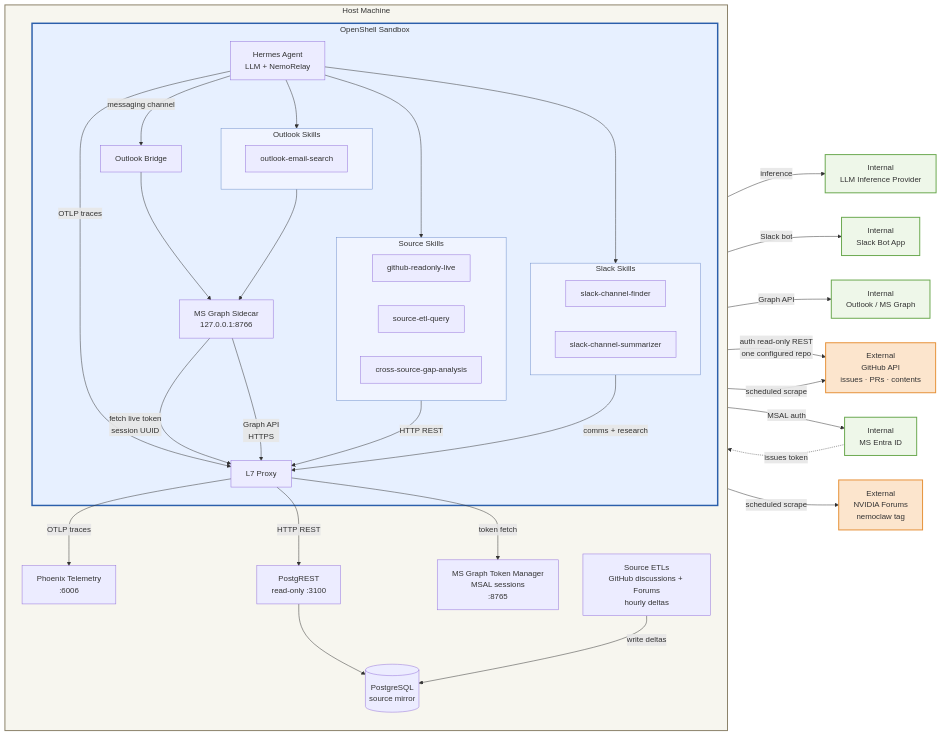
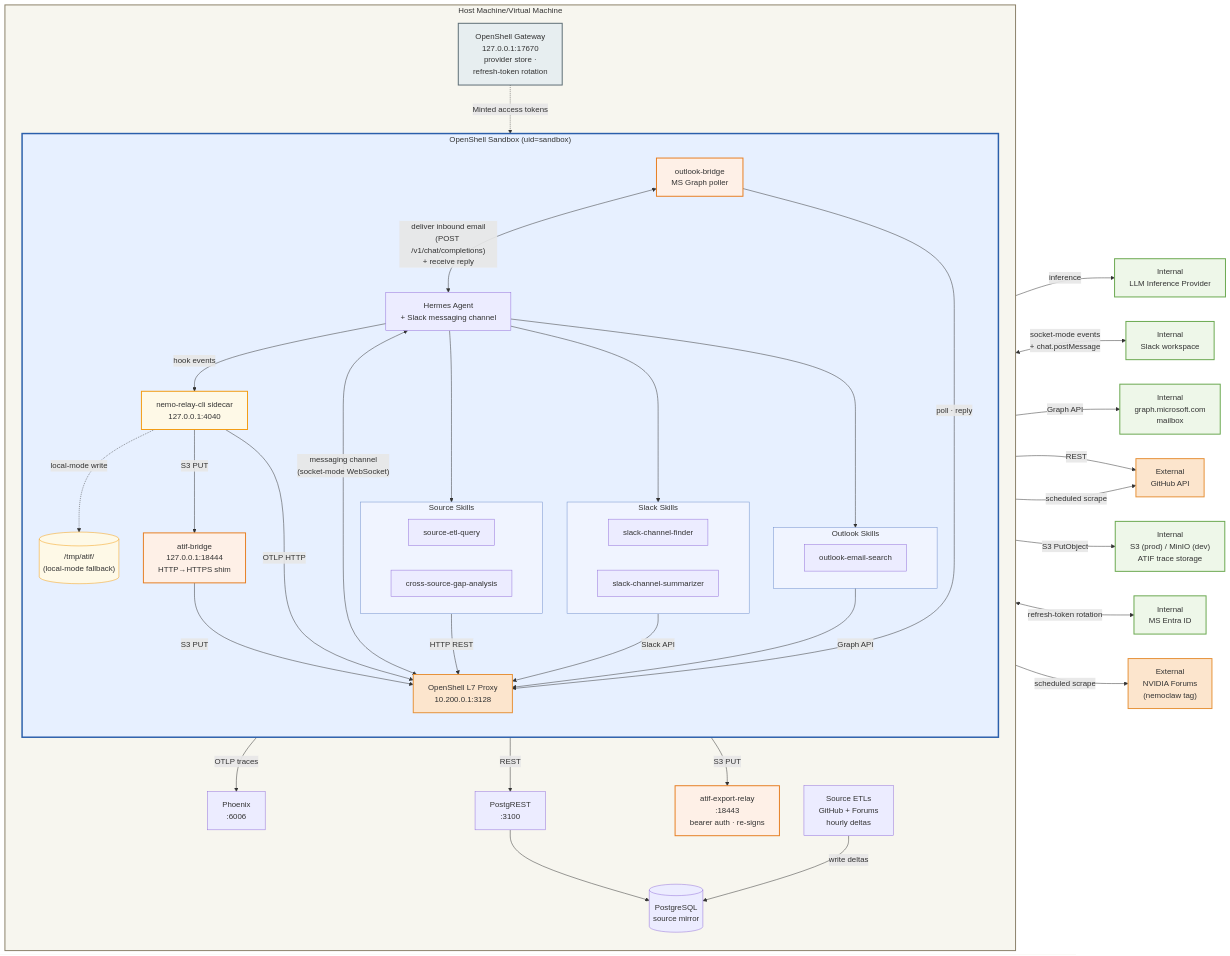
Before and after one commit to paulaserna16/nemoclaw-community: the diagram in examples/personal-community-sentiment-triage/README.md, drawn with Mermaid. The commit also changed other lines of this file and 61 other files, not shown here.

First line of the commit message:
Upgrade OpenShell to v0.0.53, migrate to providers v2, and add NeMo Relay S3 trace export (#31)

````diff
--- a/examples/personal-community-sentiment-triage/README.md
+++ b/examples/personal-community-sentiment-triage/README.md
@@ -26,24 +48,29 @@
 ```mermaid
 flowchart LR
-    %% External services declared first so Mermaid binds them outside the host subgraph
+    %% ── External services ─────────────────────────────────────────
     nvidia["Internal\nLLM Inference Provider"]
-    slack["Internal\nSlack Bot App"]
-    outlook["Internal\nOutlook / MS Graph"]
+    slack["Internal\nSlack workspace"]
+    outlook["Internal\ngraph.microsoft.com\nmailbox"]
     entra["Internal\nMS Entra ID"]
-    github["External\nGitHub API\nissues · PRs · contents"]
-    forums["External\nNVIDIA Forums\nnemoclaw tag"]
+    github["External\nGitHub API"]
+    forums["External\nNVIDIA Forums\n(nemoclaw tag)"]
+    s3["Internal\nS3 (prod) / MinIO (dev)\nATIF trace storage"]
 
-    subgraph host["Host Machine"]
+    %% ── Host ──────────────────────────────────────────────────────
+    subgraph host["Host Machine/Virtual Machine"]
         direction TB
 
-        subgraph sandbox["OpenShell Sandbox"]
-            agent["Hermes Agent\nLLM + NemoRelay"]
-            outlookBridge["Outlook Bridge"]
-            credSidecar["MS Graph Sidecar\n127.0.0.1:8766"]
+        subgraph sandbox["OpenShell Sandbox (uid=sandbox)"]
+            direction TB
+
+            agent["Hermes Agent\n+ Slack messaging channel"]
+            outlookBridge["outlook-bridge\nMS Graph poller"]
+            nemoSidecar["nemo-relay-cli sidecar\n127.0.0.1:4040"]
+            traceDisk[("/tmp/atif/\n(local-mode fallback)")]
+            atifBridge["atif-bridge\n127.0.0.1:18444\nHTTP→HTTPS shim"]
 
             subgraph sourceSkills["Source Skills"]
                 direction LR
-                s0["github-readonly-live"]
                 s1["source-etl-query"]
                 s4["cross-source-gap-analysis"]
             end
@@ -59,52 +86,67 @@
                 o1["outlook-email-search"]
             end
 
+            outlookBridge <-->|"deliver inbound email\n(POST /v1/chat/completions)\n+ receive reply"| agent
+
             agent --> sourceSkills
             agent --> slackSkills
-            agent -->|"messaging channel"| outlookBridge
             agent --> outlookSkills
-            agent -->|"OTLP traces"| proxy
-            sourceSkills -->|"HTTP REST"| proxy
-            slackSkills -->|"comms + research"| proxy
-            outlookSkills --> credSidecar
-            outlookBridge --> credSidecar
-            credSidecar -->|"fetch live token\nsession UUID"| proxy
-            credSidecar -->|"Graph API\nHTTPS"| proxy
+            agent -->|"hook events"| nemoSidecar
+            nemoSidecar -.->|"local-mode write"| traceDisk
+            nemoSidecar -->|"S3 PUT"| atifBridge
+            nemoSidecar -->|"OTLP HTTP"| l7
+            atifBridge -->|"S3 PUT"| l7
+            outlookBridge -->|"poll · reply"| l7
+            agent <-->|"messaging channel\n(socket-mode WebSocket)"| l7
+            sourceSkills -->|"HTTP REST"| l7
+            slackSkills -->|"Slack API"| l7
+            outlookSkills -->|"Graph API"| l7
         end
 
-        proxy["L7 Proxy"]
-        phoenix["Phoenix Telemetry\n:6006"]
-        postgrest["PostgREST\nread-only :3100"]
+        l7["OpenShell L7 Proxy\n10.200.0.1:3128"]
+        gateway["OpenShell Gateway\n127.0.0.1:17670\nprovider store ·\nrefresh-token rotation"]
+        atifRelay["atif-export-relay\n:18443\nbearer auth · re-signs"]
+        phoenix["Phoenix\n:6006"]
+        postgrest["PostgREST\n:3100"]
         postgres[("PostgreSQL\nsource mirror")]
-        etls["Source ETLs\nGitHub discussions + Forums\nhourly deltas"]
-        tokenManager["MS Graph Token Manager\nMSAL sessions\n:8765"]
+        etls["Source ETLs\nGitHub + Forums\nhourly deltas"]
 
-        proxy -->|"OTLP traces"| phoenix
-        proxy -->|"HTTP REST"| postgrest
-        proxy -->|"token fetch"| tokenManager
+        l7 -->|"OTLP traces"| phoenix
+        l7 -->|"REST"| postgrest
+        l7 -->|"S3 PUT"| atifRelay
         postgrest --> postgres
         etls -->|"write deltas"| postgres
+        gateway -.->|"Minted access tokens"| l7
     end
 
-    %% Cross-boundary edges (host → external) live outside any subgraph
-    proxy -->|"inference"| nvidia
-    proxy -->|"Slack bot"| slack
-    proxy -->|"Graph API"| outlook
-    proxy -->|"auth read-only REST\none configured repo"| github
-    tokenManager -->|"MSAL auth"| entra
-    entra -.->|"issues token"| tokenManager
+    %% ── Cross-boundary egress ─────────────────────────────────────
+    l7 -->|"inference"| nvidia
+    l7 <-->|"socket-mode events\n+ chat.postMessage"| slack
+    l7 -->|"Graph API"| outlook
+    l7 -->|"REST"| github
+    atifRelay -->|"S3 PutObject"| s3
+    gateway <-->|"refresh-token rotation"| entra
     etls -->|"scheduled scrape"| github
     etls -->|"scheduled scrape"| forums
 
+    %% ── Styles ────────────────────────────────────────────────────
     style host fill:#f7f6ef,stroke:#8a8068,stroke-width:2px
     style sandbox fill:#e7f0ff,stroke:#2b5fab,stroke-width:3px
     style sourceSkills fill:#f0f4ff,stroke:#7090cc,stroke-width:1px
     style slackSkills fill:#f0f4ff,stroke:#7090cc,stroke-width:1px
     style outlookSkills fill:#f0f4ff,stroke:#7090cc,stroke-width:1px
+    style nemoSidecar fill:#fef9e7,stroke:#f39c12,stroke-width:2px
+    style traceDisk fill:#fef9e7,stroke:#f39c12,stroke-width:1px
+    style atifBridge fill:#fef0e7,stroke:#e67e22,stroke-width:2px
+    style atifRelay fill:#fef0e7,stroke:#e67e22,stroke-width:2px
+    style outlookBridge fill:#fef0e7,stroke:#e67e22,stroke-width:2px
+    style l7 fill:#fce5cd,stroke:#e69138,stroke-width:2px
+    style gateway fill:#e7eef0,stroke:#5d6d75,stroke-width:2px
+    style s3 fill:#eef7e9,stroke:#6aa84f,stroke-width:2px
 
     classDef internal fill:#eef7e9,stroke:#6aa84f,stroke-width:2px
     classDef external fill:#fce5cd,stroke:#e69138,stroke-width:2px
 
-    class nvidia,slack,outlook,entra internal
+    class nvidia,slack,outlook,entra,s3 internal
     class github,forums external
 ```
````
